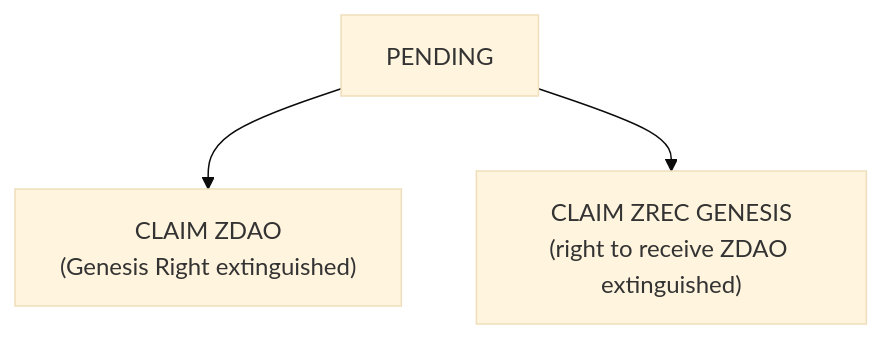
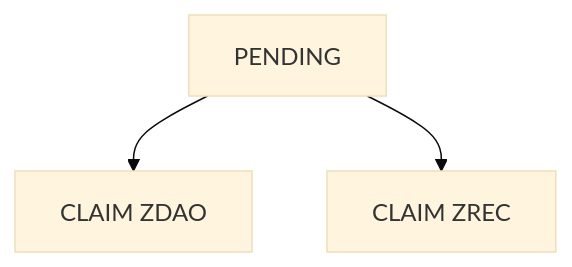
Before and after one commit to blockvault-ai/zero-energy: the first of 3 diagrams in docs/business-logic/02-foundational-phase.md, drawn with Mermaid (base theme). The commit also changed other lines of this file and 18 other files, not shown here.

````diff
--- a/docs/business-logic/02-foundational-phase.md
+++ b/docs/business-logic/02-foundational-phase.md
@@ -53,5 +47,5 @@
 ```mermaid
 flowchart TD
-    A[PENDING] --> B["CLAIM ZDAO<br/>(Genesis Right extinguished)"]
-    A --> C["CLAIM ZREC GENESIS<br/>(right to receive ZDAO extinguished)"]
+    A[PENDING] --> B["CLAIM ZDAO"]
+    A --> C["CLAIM ZREC"]
 ```
````
